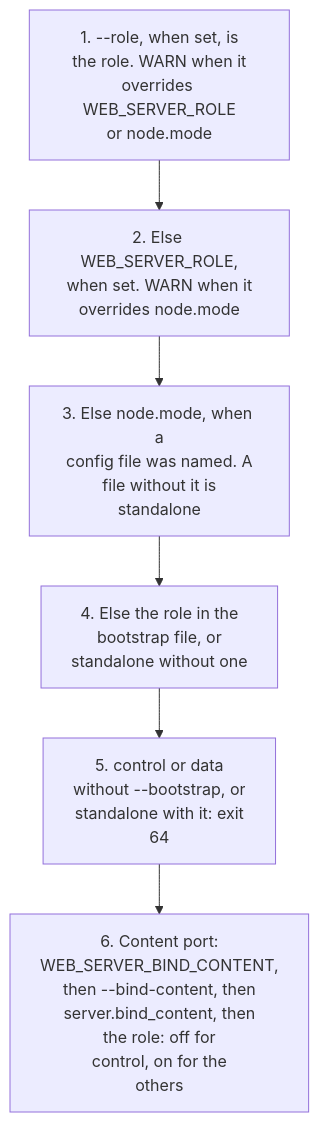
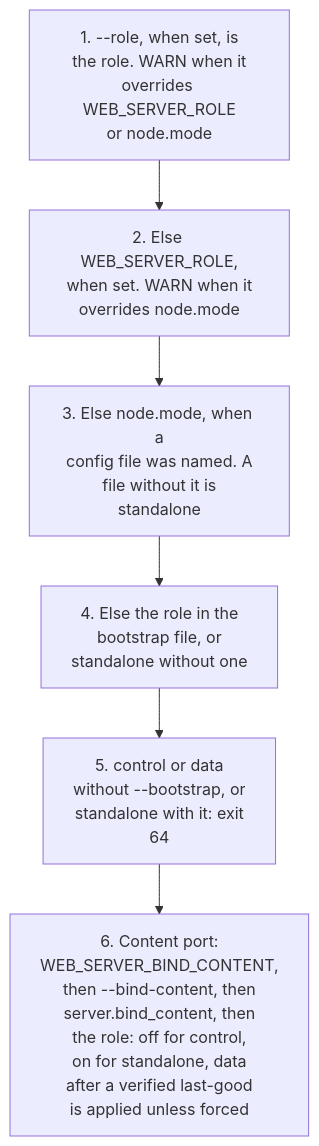
The diagram in docs/operations/control-plane-service.md (BlivionIaG/sjws_nettask), drawn with Mermaid before and after one commit. The commit also changed other lines of this file and 12 other files, not shown here.

First line of the commit message:
fix(data): apply verified last-good before readiness and bind (#353)

````diff
--- a/docs/operations/control-plane-service.md
+++ b/docs/operations/control-plane-service.md
@@ -81,8 +81,8 @@
 ```mermaid
 flowchart TD
     s1["1. --role, when set, is<br/>the role. WARN when it<br/>overrides WEB_SERVER_ROLE<br/>or node.mode"] --> s2["2. Else WEB_SERVER_ROLE,<br/>when set. WARN when it<br/>overrides node.mode"]
     s2 --> s3["3. Else node.mode, when a<br/>config file was named. A<br/>file without it is<br/>standalone"]
     s3 --> s4["4. Else the role in the<br/>bootstrap file, or<br/>standalone without one"]
     s4 --> s5["5. control or data<br/>without --bootstrap, or<br/>standalone with it: exit<br/>64"]
-    s5 --> s6["6. Content port:<br/>WEB_SERVER_BIND_CONTENT,<br/>then --bind-content, then<br/>server.bind_content, then<br/>the role: off for<br/>control, on for the<br/>others"]
+    s5 --> s6["6. Content port:<br/>WEB_SERVER_BIND_CONTENT,<br/>then --bind-content, then<br/>server.bind_content, then<br/>the role: off for control,<br/>on for standalone, data<br/>after a verified last-good<br/>is applied unless forced"]
 ```
````
